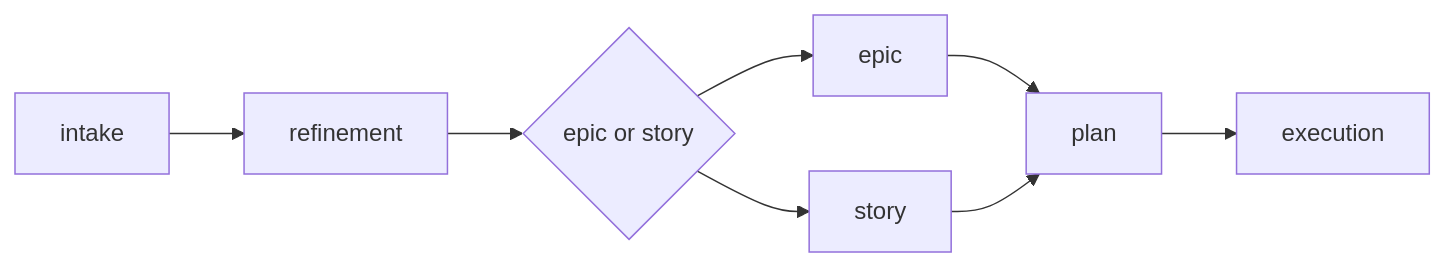
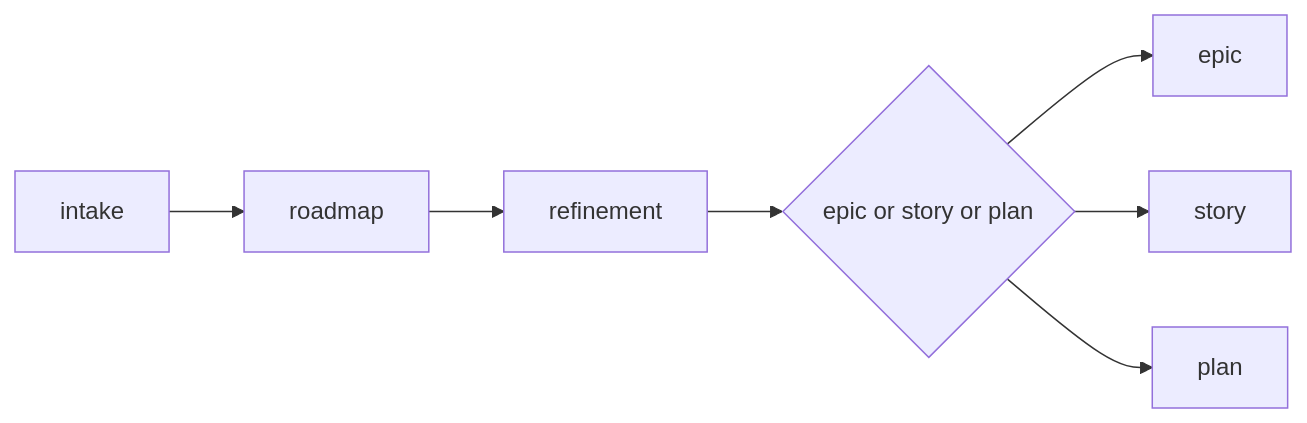
One commit to djalmajr/essential-skills changed the diagram in skills/agile-refinement/SKILL.md. Above: the diagram before and after it, drawn with Mermaid. The commit also changed other lines of this file and 14 other files, not shown here.

First line of the commit message:
Improve skill flow, language handling, and user-facing clarity

````diff
--- a/skills/agile-refinement/SKILL.md
+++ b/skills/agile-refinement/SKILL.md
@@ -116,10 +120,9 @@
 ```mermaid
 flowchart LR
-    A[intake] --> B[refinement]
-    B --> C{epic or story}
-    C --> D[epic]
-    C --> E[story]
-    D --> F[plan]
-    E --> F
-    F --> G[execution]
+    A[intake] --> B[roadmap]
+    B --> C[refinement]
+    C --> D{epic or story or plan}
+    D --> E[epic]
+    D --> F[story]
+    D --> G[plan]
 ```
````
